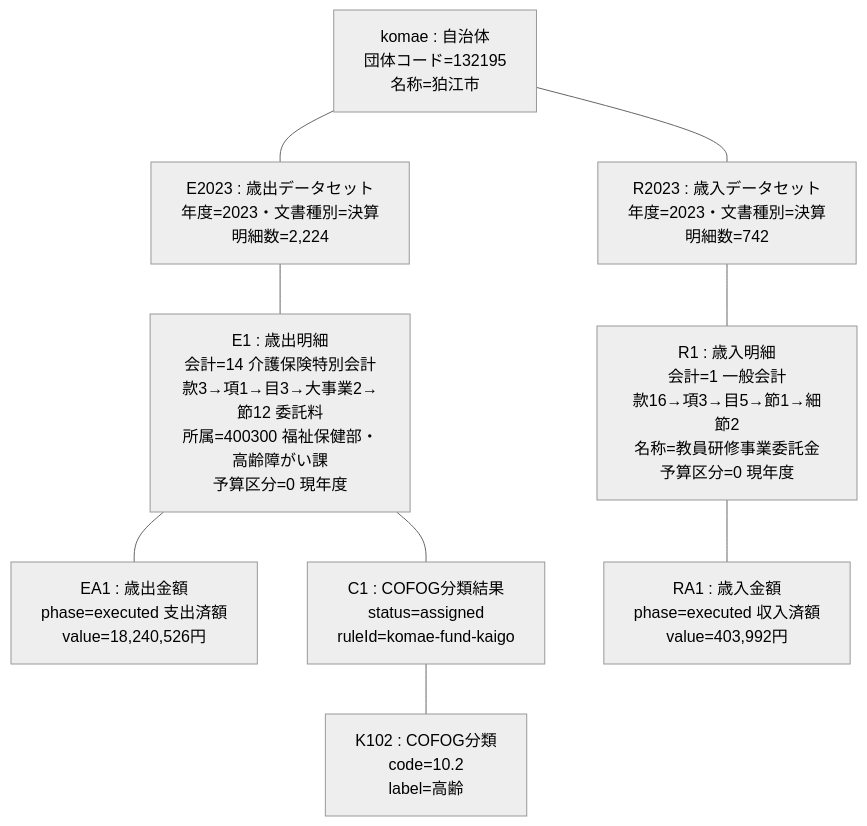
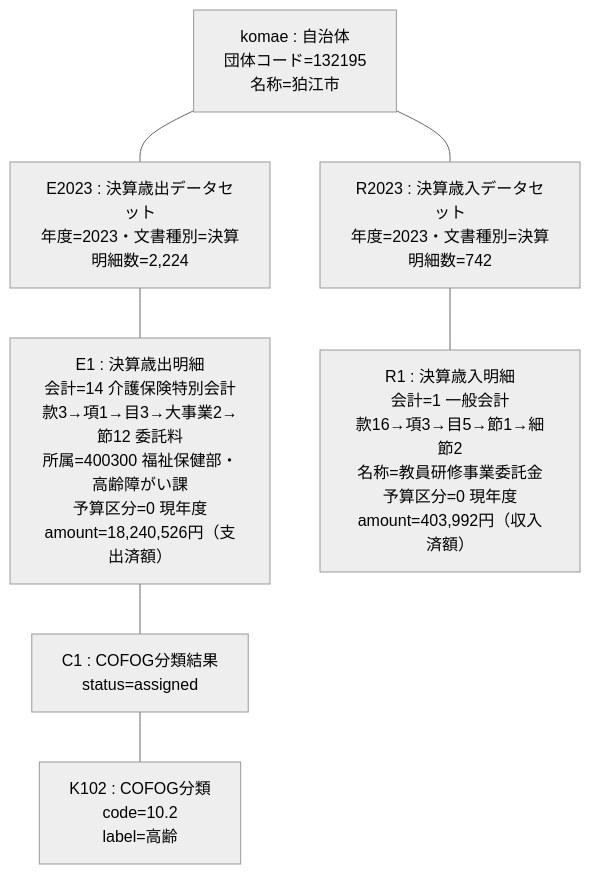
Before and after one commit to wwwyo/fudoki: the diagram in docs/fiscal-object-example.md, drawn with Mermaid (neutral theme). The commit also changed other lines of this file and 4 other files, not shown here.

````diff
--- a/docs/fiscal-object-example.md
+++ b/docs/fiscal-object-example.md
@@ -9,20 +9,16 @@
 ```mermaid
 flowchart TB
     J["komae : 自治体<br/>団体コード=132195<br/>名称=狛江市"]
-    ED["E2023 : 歳出データセット<br/>年度=2023・文書種別=決算<br/>明細数=2,224"]
-    RD["R2023 : 歳入データセット<br/>年度=2023・文書種別=決算<br/>明細数=742"]
-    EL["E1 : 歳出明細<br/>会計=14 介護保険特別会計<br/>款3→項1→目3→大事業2→節12 委託料<br/>所属=400300 福祉保健部・高齢障がい課<br/>予算区分=0 現年度"]
-    RL["R1 : 歳入明細<br/>会計=1 一般会計<br/>款16→項3→目5→節1→細節2<br/>名称=教員研修事業委託金<br/>予算区分=0 現年度"]
-    EA["EA1 : 歳出金額<br/>phase=executed 支出済額<br/>value=18,240,526円"]
-    RA["RA1 : 歳入金額<br/>phase=executed 収入済額<br/>value=403,992円"]
-    C["C1 : COFOG分類結果<br/>status=assigned<br/>ruleId=komae-fund-kaigo"]
+    ED["E2023 : 決算歳出データセット<br/>年度=2023・文書種別=決算<br/>明細数=2,224"]
+    RD["R2023 : 決算歳入データセット<br/>年度=2023・文書種別=決算<br/>明細数=742"]
+    EL["E1 : 決算歳出明細<br/>会計=14 介護保険特別会計<br/>款3→項1→目3→大事業2→節12 委託料<br/>所属=400300 福祉保健部・高齢障がい課<br/>予算区分=0 現年度<br/>amount=18,240,526円（支出済額）"]
+    RL["R1 : 決算歳入明細<br/>会計=1 一般会計<br/>款16→項3→目5→節1→細節2<br/>名称=教員研修事業委託金<br/>予算区分=0 現年度<br/>amount=403,992円（収入済額）"]
+    C["C1 : COFOG分類結果<br/>status=assigned"]
     K["K102 : COFOG分類<br/>code=10.2<br/>label=高齢"]
     J --- ED
     J --- RD
     ED --- EL
     RD --- RL
-    EL --- EA
-    RL --- RA
     EL --- C
     C --- K
 ```
````
